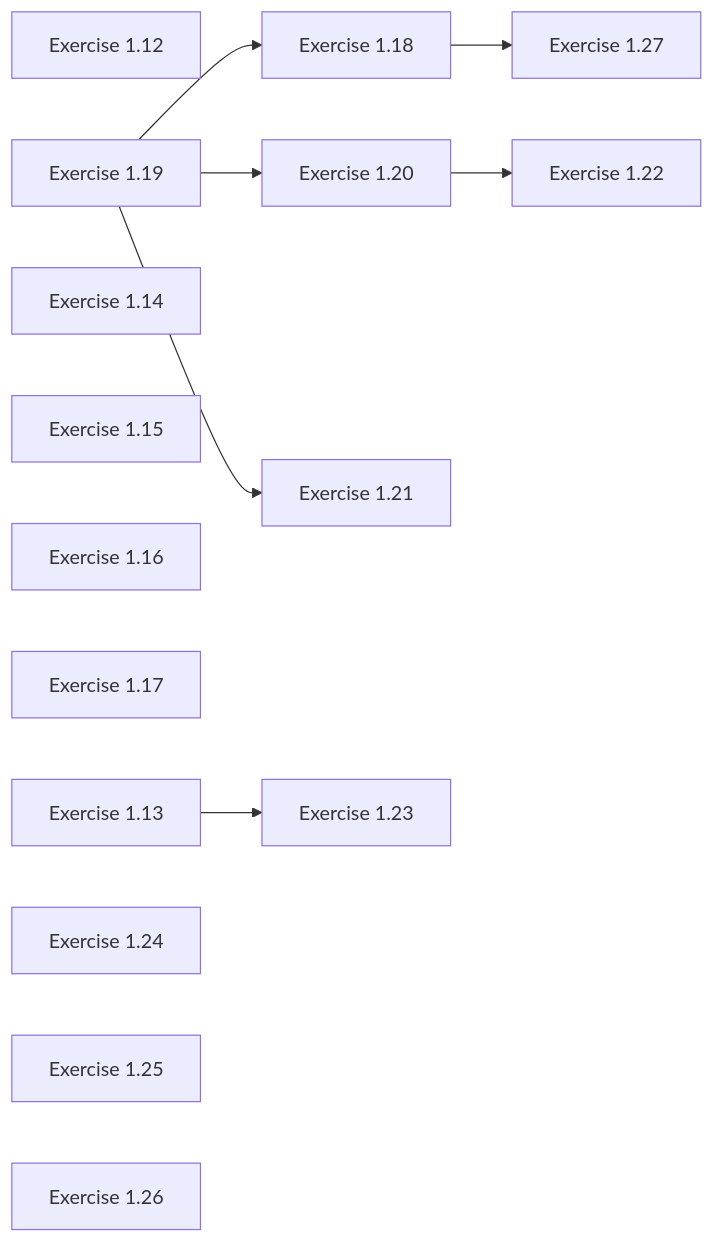
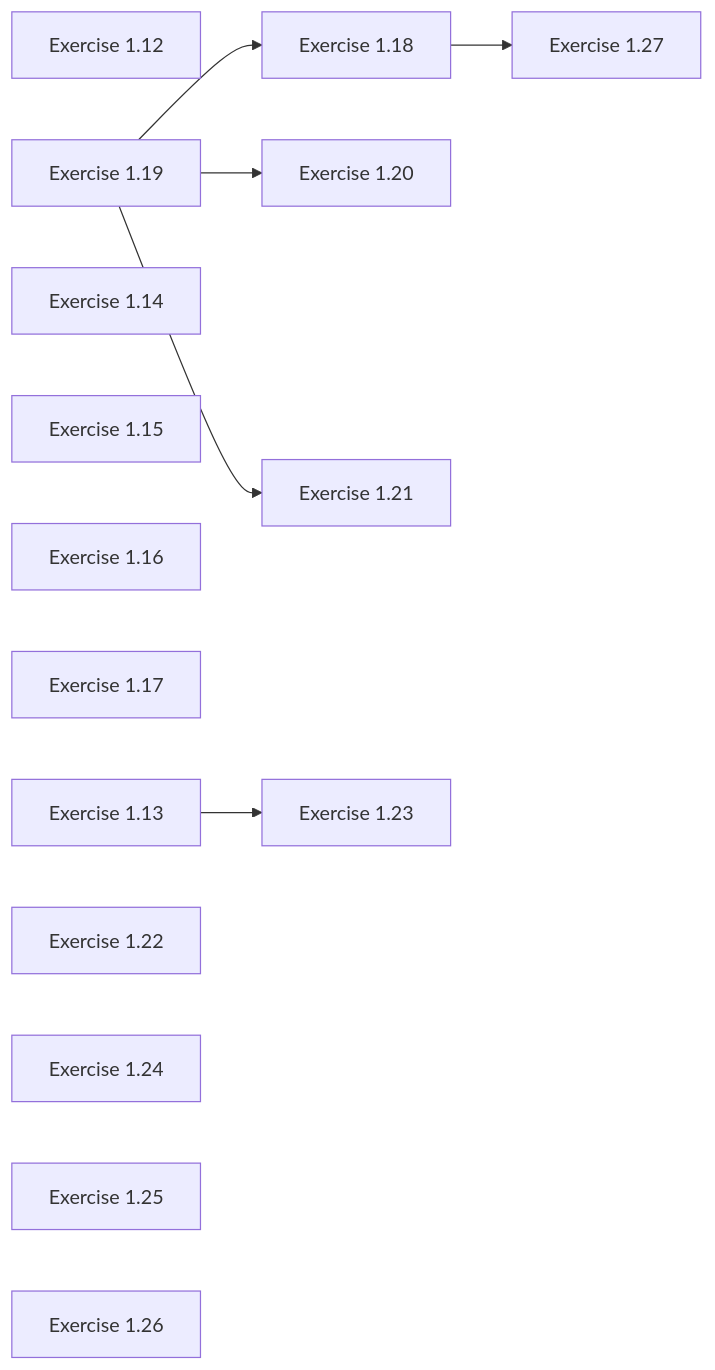
One commit to catskillsresearch/DomainTheory changed the diagram in DomainTheory/NeighbourhoodSystems/DomainsGivenByNeighbourhoods/1980_Lecture_I_exercises.mermaid. Above: the diagram before and after it, drawn with Mermaid. The commit also changed 6 other files, not shown here.

```diff
--- a/DomainTheory/NeighbourhoodSystems/DomainsGivenByNeighbourhoods/1980_Lecture_I_exercises.mermaid
+++ b/DomainTheory/NeighbourhoodSystems/DomainsGivenByNeighbourhoods/1980_Lecture_I_exercises.mermaid
@@ -1,27 +1,26 @@
 %% Cross-exercise Lean imports among Lecture I solutions.
 %% Arrowhead on the importer. Exercises with no peer edges are independent of the others.
 flowchart LR
 
   E12["Exercise 1.12"]
   E13["Exercise 1.13"]
   E14["Exercise 1.14"]
   E15["Exercise 1.15"]
   E16["Exercise 1.16"]
   E17["Exercise 1.17"]
   E18["Exercise 1.18"]
   E19["Exercise 1.19"]
   E20["Exercise 1.20"]
   E21["Exercise 1.21"]
   E22["Exercise 1.22"]
   E23["Exercise 1.23"]
   E24["Exercise 1.24"]
   E25["Exercise 1.25"]
   E26["Exercise 1.26"]
   E27["Exercise 1.27"]
 
   E13 --> E23
   E19 --> E18
   E19 --> E20
   E19 --> E21
   E18 --> E27
-  E20 --> E22
```
